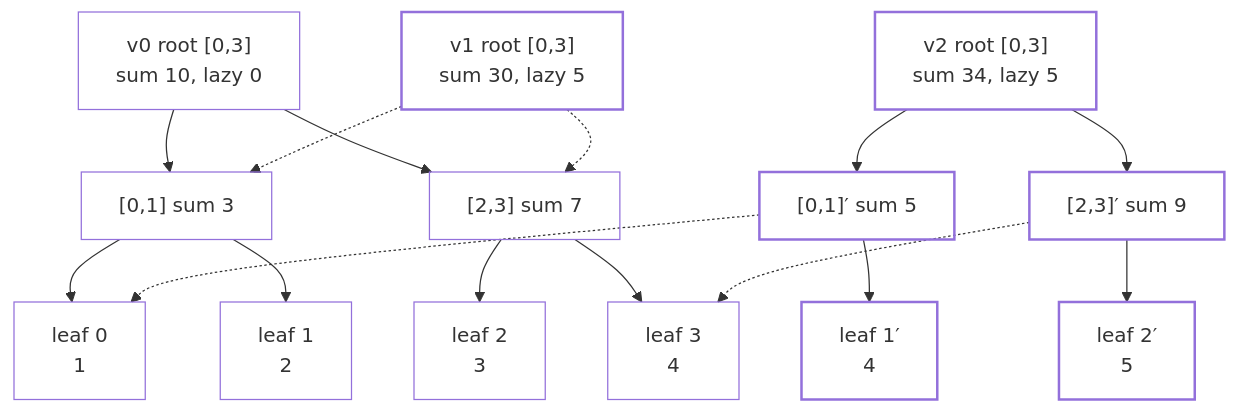
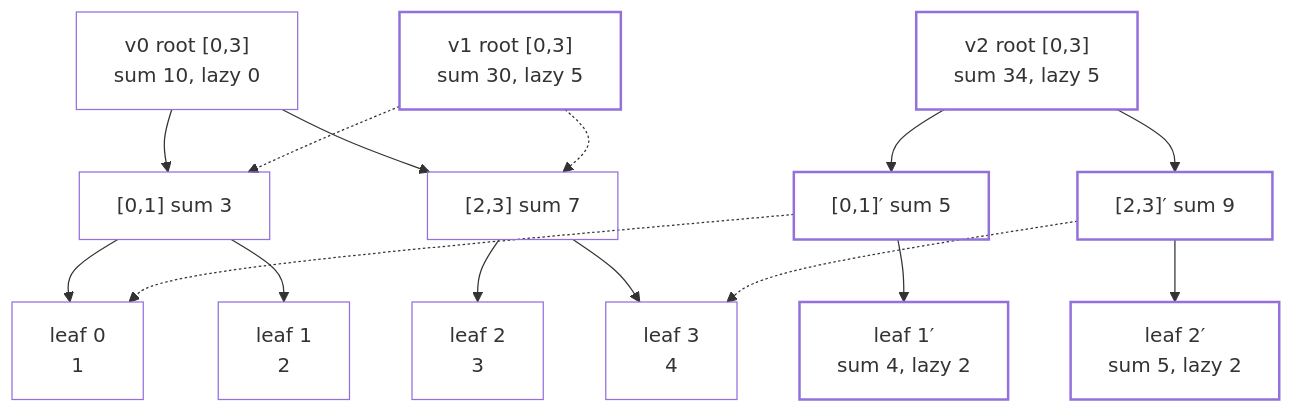
Before and after one commit to m-nobin/version-aware-lazy-segtree: the second of 4 diagrams in docs/proof.md, drawn with Mermaid. The commit also changed other lines of this file, not shown here.

````diff
--- a/docs/proof.md
+++ b/docs/proof.md
@@ -100,38 +102,38 @@
 ```mermaid
 flowchart TD
     r0["v0 root [0,3]<br/>sum 10, lazy 0"]
     r1["v1 root [0,3]<br/>sum 30, lazy 5"]
     r2["v2 root [0,3]<br/>sum 34, lazy 5"]
     A["[0,1] sum 3"]
     B["[2,3] sum 7"]
     A2["[0,1]′ sum 5"]
     B2["[2,3]′ sum 9"]
     l0["leaf 0<br/>1"]
     l1["leaf 1<br/>2"]
     l2["leaf 2<br/>3"]
     l3["leaf 3<br/>4"]
-    l1c["leaf 1′<br/>4"]
-    l2c["leaf 2′<br/>5"]
+    l1c["leaf 1′<br/>sum 4, lazy 2"]
+    l2c["leaf 2′<br/>sum 5, lazy 2"]
 
     r0 --> A
     r0 --> B
     A --> l0
     A --> l1
     B --> l2
     B --> l3
 
     r1 -.-> A
     r1 -.-> B
 
     r2 --> A2
     r2 --> B2
     A2 -.-> l0
     A2 --> l1c
     B2 --> l2c
     B2 -.-> l3
 
     classDef original fill:transparent,stroke-dasharray:0;
     classDef copy fill:transparent,stroke-width:2px;
     class r0,A,B,l0,l1,l2,l3 original;
     class r1,r2,A2,B2,l1c,l2c copy;
 ```
````
